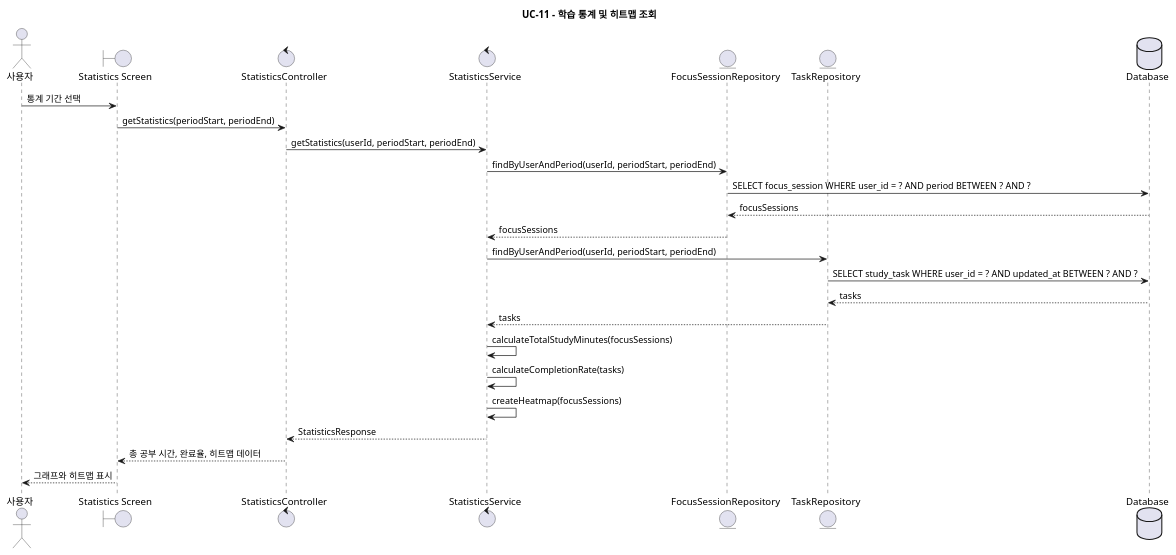
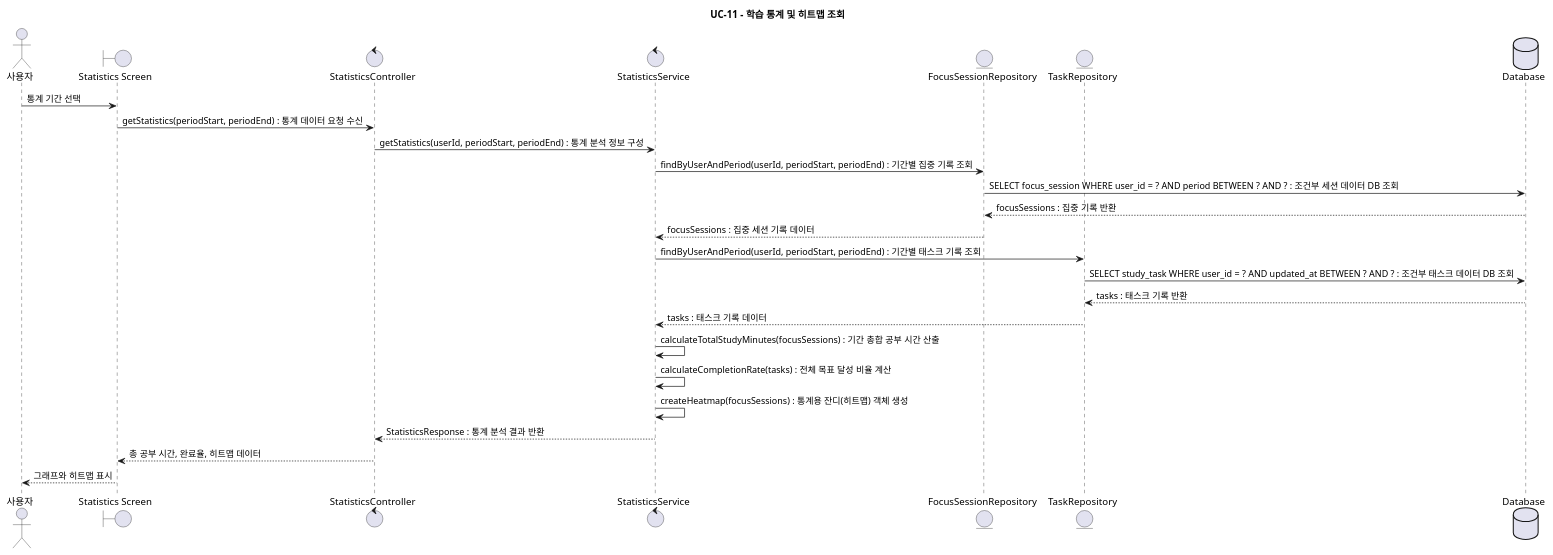
One commit to jeongiryang/SoftwareEngineering_team15_project_-Smart-Edu-Platform changed the eighth of 15 diagrams in docs/design/plantuml/sequence-diagrams.puml. Above: the diagram before and after it, drawn with PlantUML. The commit also changed other lines of this file and 18 other files, not shown here.

```diff
--- a/docs/design/plantuml/sequence-diagrams.puml
+++ b/docs/design/plantuml/sequence-diagrams.puml
@@ -310,33 +310,33 @@
 @startuml UC11_ViewStudyStatistics
 title UC-11 - 학습 통계 및 히트맵 조회
 
 actor "사용자" as User
 boundary "Statistics Screen" as UI
 control "StatisticsController" as StatisticsController
 control "StatisticsService" as StatisticsService
 entity "FocusSessionRepository" as FocusSessionRepository
 entity "TaskRepository" as TaskRepository
 database "Database" as DB
 
 User -> UI: 통계 기간 선택
-UI -> StatisticsController: getStatistics(periodStart, periodEnd)
-StatisticsController -> StatisticsService: getStatistics(userId, periodStart, periodEnd)
+UI -> StatisticsController: getStatistics(periodStart, periodEnd) : 통계 데이터 요청 수신
+StatisticsController -> StatisticsService: getStatistics(userId, periodStart, periodEnd) : 통계 분석 정보 구성
 
-StatisticsService -> FocusSessionRepository: findByUserAndPeriod(userId, periodStart, periodEnd)
-FocusSessionRepository -> DB: SELECT focus_session WHERE user_id = ? AND period BETWEEN ? AND ?
-DB --> FocusSessionRepository: focusSessions
-FocusSessionRepository --> StatisticsService: focusSessions
+StatisticsService -> FocusSessionRepository: findByUserAndPeriod(userId, periodStart, periodEnd) : 기간별 집중 기록 조회
+FocusSessionRepository -> DB: SELECT focus_session WHERE user_id = ? AND period BETWEEN ? AND ? : 조건부 세션 데이터 DB 조회
+DB --> FocusSessionRepository: focusSessions : 집중 기록 반환
+FocusSessionRepository --> StatisticsService: focusSessions : 집중 세션 기록 데이터
 
-StatisticsService -> TaskRepository: findByUserAndPeriod(userId, periodStart, periodEnd)
-TaskRepository -> DB: SELECT study_task WHERE user_id = ? AND updated_at BETWEEN ? AND ?
-DB --> TaskRepository: tasks
-TaskRepository --> StatisticsService: tasks
+StatisticsService -> TaskRepository: findByUserAndPeriod(userId, periodStart, periodEnd) : 기간별 태스크 기록 조회
+TaskRepository -> DB: SELECT study_task WHERE user_id = ? AND updated_at BETWEEN ? AND ? : 조건부 태스크 데이터 DB 조회
+DB --> TaskRepository: tasks : 태스크 기록 반환
+TaskRepository --> StatisticsService: tasks : 태스크 기록 데이터
 
-StatisticsService -> StatisticsService: calculateTotalStudyMinutes(focusSessions)
-StatisticsService -> StatisticsService: calculateCompletionRate(tasks)
-StatisticsService -> StatisticsService: createHeatmap(focusSessions)
-StatisticsService --> StatisticsController: StatisticsResponse
+StatisticsService -> StatisticsService: calculateTotalStudyMinutes(focusSessions) : 기간 총합 공부 시간 산출
+StatisticsService -> StatisticsService: calculateCompletionRate(tasks) : 전체 목표 달성 비율 계산
+StatisticsService -> StatisticsService: createHeatmap(focusSessions) : 통계용 잔디(히트맵) 객체 생성
+StatisticsService --> StatisticsController: StatisticsResponse : 통계 분석 결과 반환
 StatisticsController --> UI: 총 공부 시간, 완료율, 히트맵 데이터
 UI --> User: 그래프와 히트맵 표시
 
 @enduml
```
